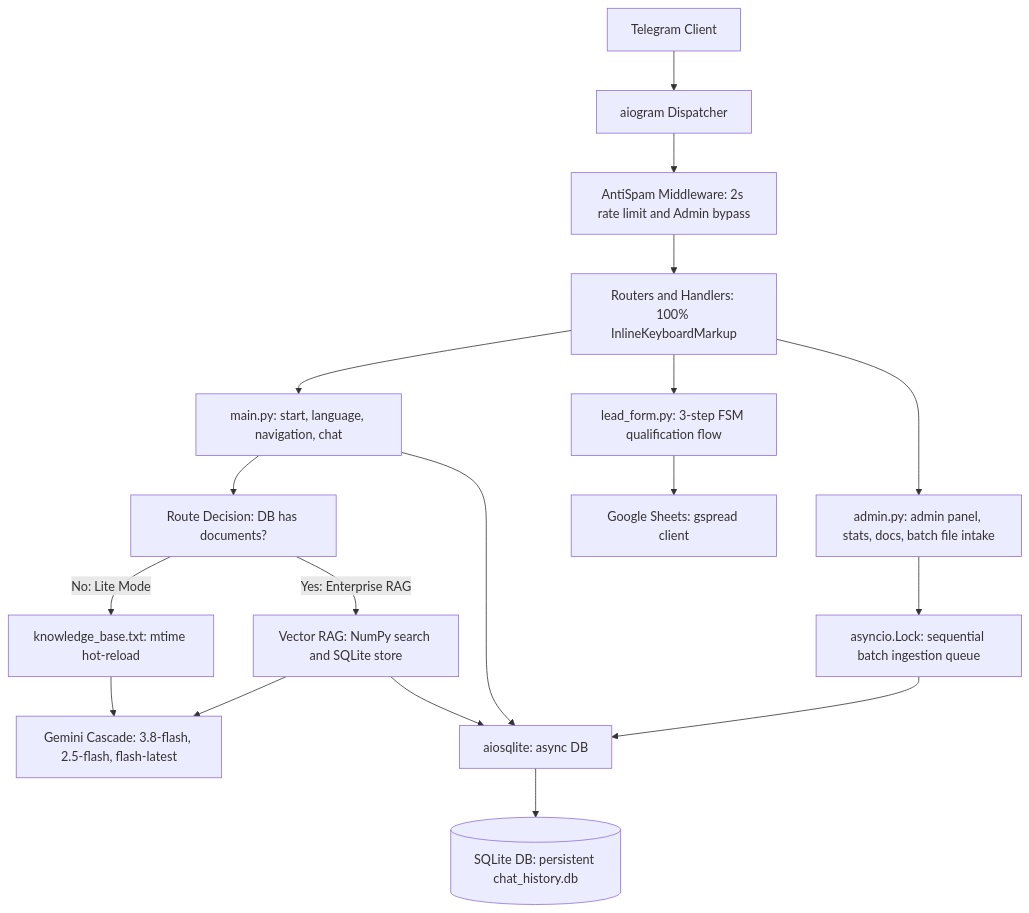
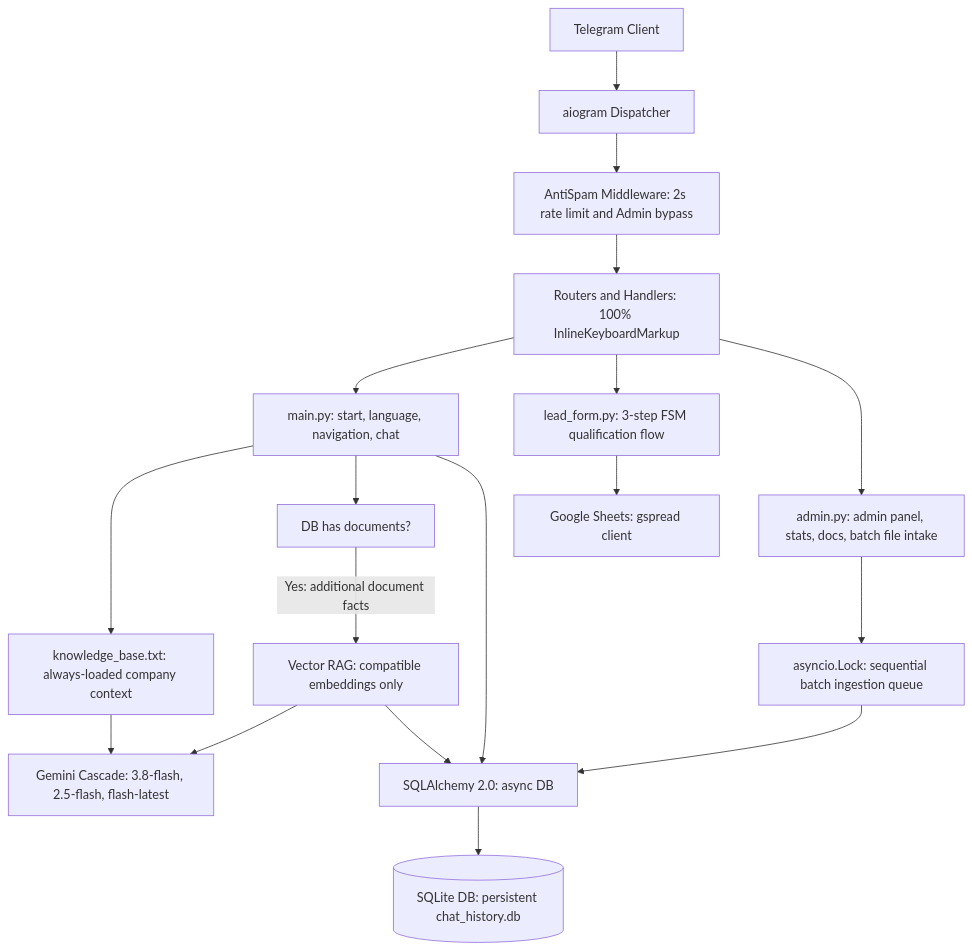
The first of 2 diagrams in README.md (Artem-462/ai_lead_bot), drawn with Mermaid before and after one commit. The commit also changed other lines of this file and 9 other files, not shown here.

Commit message:
feat(rag): lock embedding model, add cross-page PDF table parsing and hybrid mode

````diff
--- a/README.md
+++ b/README.md
@@ -33,23 +33,23 @@
 ```mermaid
 flowchart TD
     Client["Telegram Client"] --> Dispatcher["aiogram Dispatcher"]
     Dispatcher --> AntiSpam["AntiSpam Middleware: 2s rate limit and Admin bypass"]
     AntiSpam --> Routers["Routers and Handlers: 100% InlineKeyboardMarkup"]
 
     Routers --> MainH["main.py: start, language, navigation, chat"]
     Routers --> LeadH["lead_form.py: 3-step FSM qualification flow"]
     Routers --> AdminH["admin.py: admin panel, stats, docs, batch file intake"]
 
-    MainH --> RouteDecision["Route Decision: DB has documents?"]
-    RouteDecision -->|"No: Lite Mode"| FlatKB["knowledge_base.txt: mtime hot-reload"]
-    RouteDecision -->|"Yes: Enterprise RAG"| VectorRAG["Vector RAG: NumPy search and SQLite store"]
+    MainH --> FlatKB["knowledge_base.txt: always-loaded company context"]
+    MainH --> RouteDecision["DB has documents?"]
+    RouteDecision -->|"Yes: additional document facts"| VectorRAG["Vector RAG: compatible embeddings only"]
     FlatKB --> Gemini["Gemini Cascade: 3.8-flash, 2.5-flash, flash-latest"]
     VectorRAG --> Gemini
 
     LeadH --> GSheets["Google Sheets: gspread client"]
     AdminH --> BatchLock["asyncio.Lock: sequential batch ingestion queue"]
-    BatchLock --> DB["aiosqlite: async DB"]
+    BatchLock --> DB["SQLAlchemy 2.0: async DB"]
     MainH --> DB
     VectorRAG --> DB
     DB --> Storage[("SQLite DB: persistent chat_history.db")]
 ```
````
